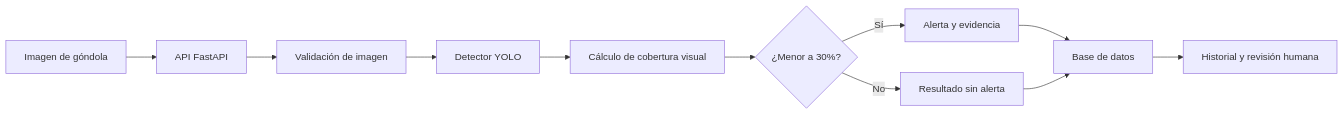
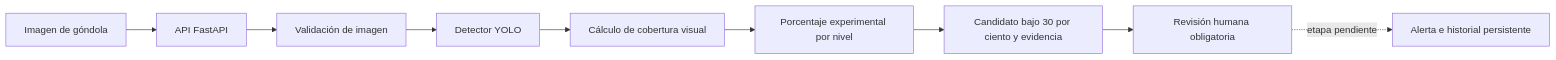
Before and after one commit to amaaraneda/walmart: the diagram in README.md, drawn with Mermaid. The commit also changed other lines of this file and 70 other files, not shown here.

````diff
--- a/README.md
+++ b/README.md
@@ -39,13 +41,11 @@
 ```mermaid
 flowchart LR
     A[Imagen de góndola] --> B[API FastAPI]
     B --> C[Validación de imagen]
     C --> D[Detector YOLO]
     D --> E[Cálculo de cobertura visual]
-    E --> F{¿Menor a 30%?}
-    F -->|Sí| G[Alerta y evidencia]
-    F -->|No| H[Resultado sin alerta]
-    G --> I[Base de datos]
-    H --> I
-    I --> J[Historial y revisión humana]
+    E --> F[Porcentaje experimental por nivel]
+    F --> G[Candidato bajo 30 por ciento y evidencia]
+    G --> H[Revisión humana obligatoria]
+    H -. etapa pendiente .-> I[Alerta e historial persistente]
 ```
````
